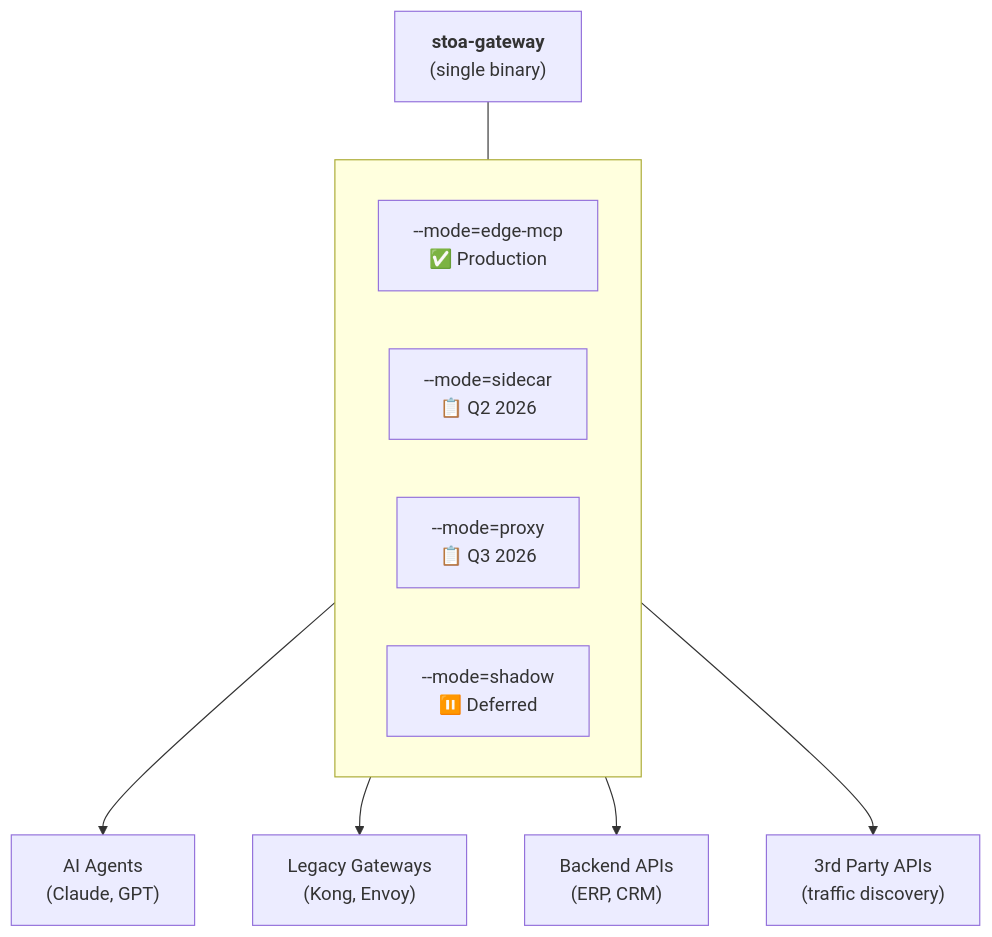
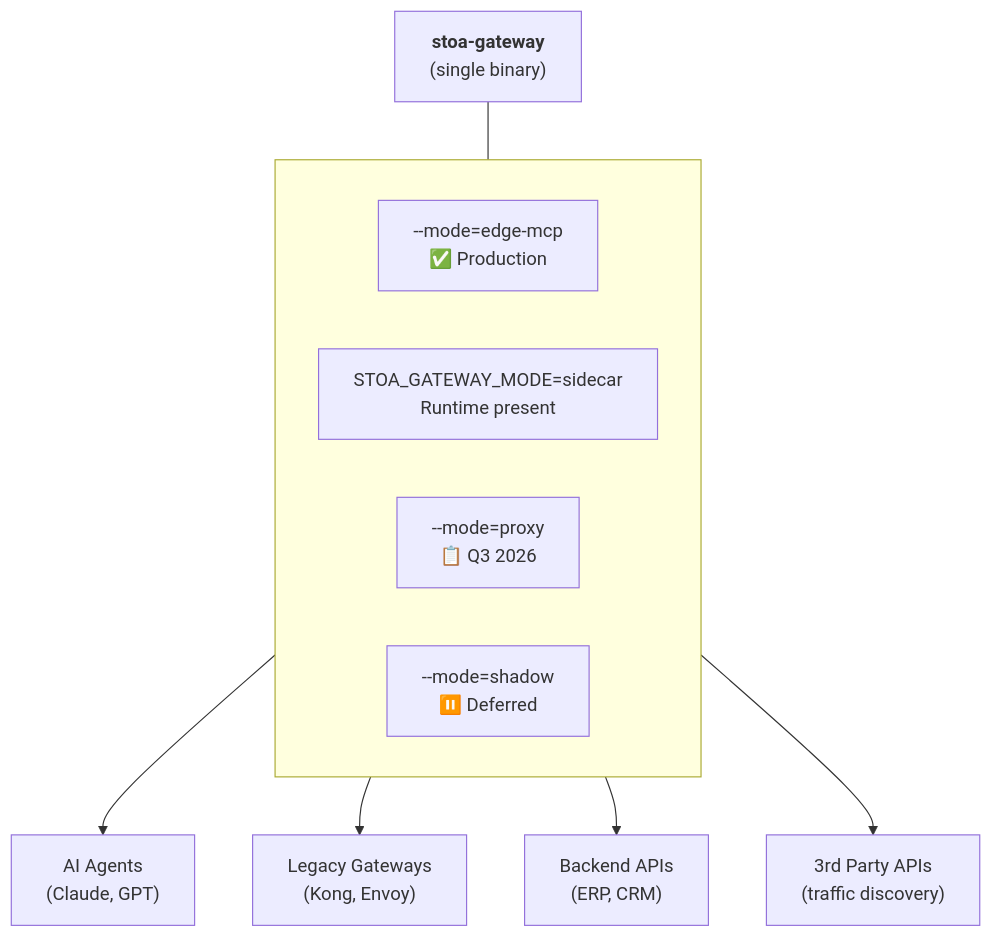
Before and after one commit to stoa-platform/stoa-docs: the diagram in docs/concepts/gateway.md, drawn with Mermaid. The commit also changed other lines of this file and 26 other files, not shown here.

````diff
--- a/docs/concepts/gateway.md
+++ b/docs/concepts/gateway.md
@@ -20,18 +20,18 @@
 ```mermaid
 flowchart TB
     GW["<b>stoa-gateway</b><br/>(single binary)"]
 
     subgraph modes[" "]
         direction LR
         EM["--mode=edge-mcp<br/>✅ Production"]
-        SC["--mode=sidecar<br/>📋 Q2 2026"]
+        SC["STOA_GATEWAY_MODE=sidecar<br/>Runtime present"]
         PX["--mode=proxy<br/>📋 Q3 2026"]
         SH["--mode=shadow<br/>⏸️ Deferred"]
     end
 
     GW --- modes
     EM --> AI["AI Agents<br/>(Claude, GPT)"]
     SC --> LG["Legacy Gateways<br/>(Kong, Envoy)"]
     PX --> BE["Backend APIs<br/>(ERP, CRM)"]
     SH --> DI["3rd Party APIs<br/>(traffic discovery)"]
 ```
````
